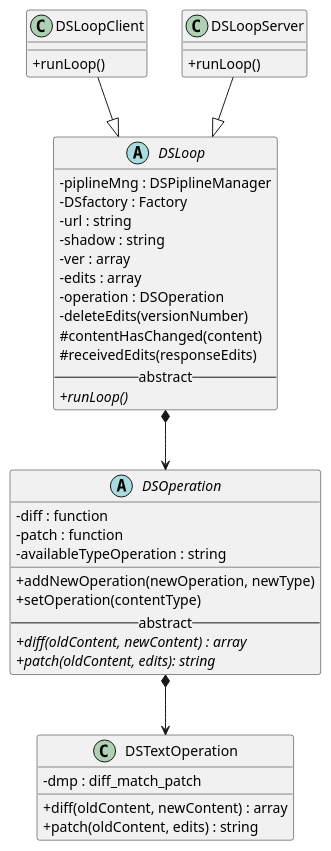
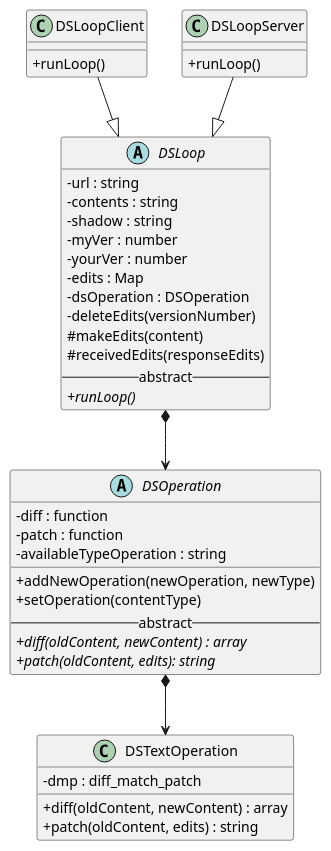
The diagram in doc/classUml.plantuml (Yeonjj/Diff-Sync), drawn with PlantUML before and after one commit. The commit also changed 8 other files, not shown here.

```diff
--- a/doc/classUml.plantuml
+++ b/doc/classUml.plantuml
@@ -1,52 +1,52 @@
 @startuml
 skinparam classAttributeIconSize 0
 
 
 abstract class DSOperation {
 -diff : function
 -patch : function
 -availableTypeOperation : string
 __
 +addNewOperation(newOperation, newType) 
 +setOperation(contentType)
 --abstract--
 {abstract}+diff(oldContent, newContent) : array
 {abstract}+patch(oldContent, edits): string
 }
 
 class DSTextOperation{
 -dmp : diff_match_patch
 +diff(oldContent, newContent) : array
 +patch(oldContent, edits) : string
 }
 
 abstract class DSLoop{
--piplineMng : DSPiplineManager
--DSfactory : Factory
 -url : string
+-contents : string
 -shadow : string
--ver : array
--edits : array
--operation : DSOperation
+-myVer : number
+-yourVer : number
+-edits : Map
+-dsOperation : DSOperation
 -deleteEdits(versionNumber)
-#contentHasChanged(content)
+#makeEdits(content)
 #receivedEdits(responseEdits)
 --abstract--
 {abstract}+runLoop()
 }
 
 class DSLoopClient {
 +runLoop()
 }
 
 class DSLoopServer {
 +runLoop()
 }
 
 DSLoop *--> DSOperation
 DSLoopClient --|> DSLoop
 DSLoopServer --|> DSLoop
 
 DSOperation *-->  DSTextOperation
 
 @enduml
```
